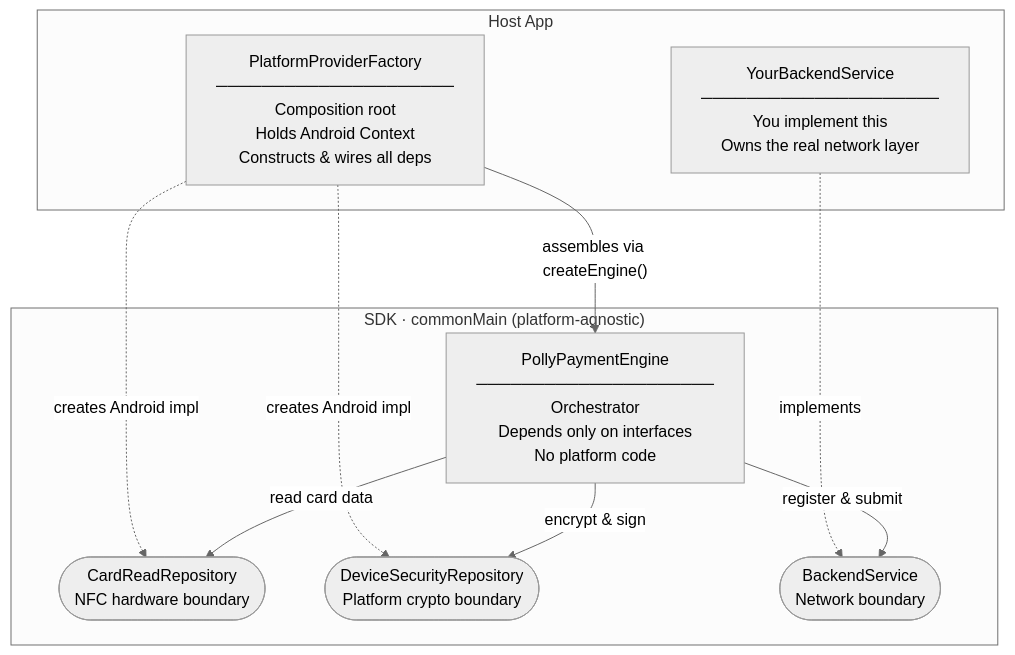
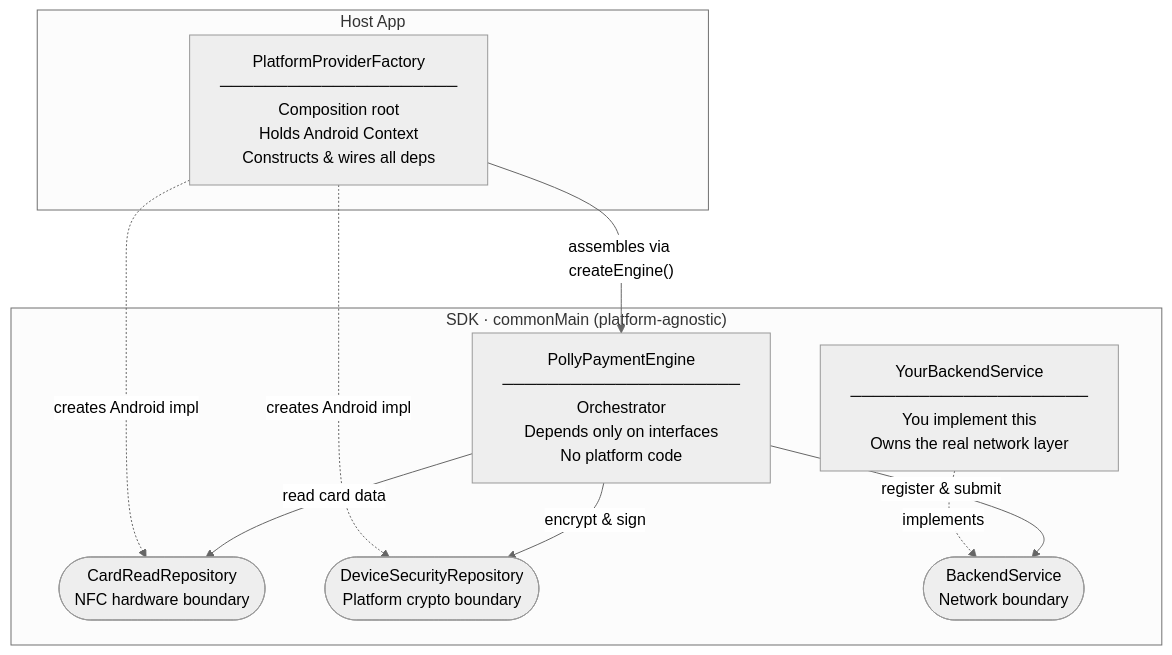
One commit to pollyannaanalytics/PollySoftNfc-SDK changed the first of 2 diagrams in README.md. Above: the diagram before and after it, drawn with Mermaid (neutral theme). The commit also changed other lines of this file, not shown here.

Commit message:
Fix: modify architecture replationship in readme

````diff
--- a/README.md
+++ b/README.md
@@ -33,24 +33,23 @@
 ```mermaid
 flowchart TD
     subgraph host["Host App"]
         Factory["PlatformProviderFactory\n─────────────────────\nComposition root\nHolds Android Context\nConstructs & wires all deps"]
-        BS["YourBackendService\n─────────────────────\nYou implement this\nOwns the real network layer"]
     end
 
     subgraph sdk["SDK · commonMain  (platform-agnostic)"]
         Engine["PollyPaymentEngine\n─────────────────────\nOrchestrator\nDepends only on interfaces\nNo platform code"]
-
+        BS["YourBackendService\n─────────────────────\nYou implement this\nOwns the real network layer"]
         CR(["CardReadRepository\nNFC hardware boundary"])
         DSR(["DeviceSecurityRepository\nPlatform crypto boundary"])
         BSI(["BackendService\nNetwork boundary"])
     end
 
     Factory -->|"assembles via createEngine()"| Engine
     Factory -.->|"creates Android impl"| CR
     Factory -.->|"creates Android impl"| DSR
     BS -.->|"implements"| BSI
 
     Engine -->|"read card data"| CR
     Engine -->|"encrypt & sign"| DSR
     Engine -->|"register & submit"| BSI
 ```
````
